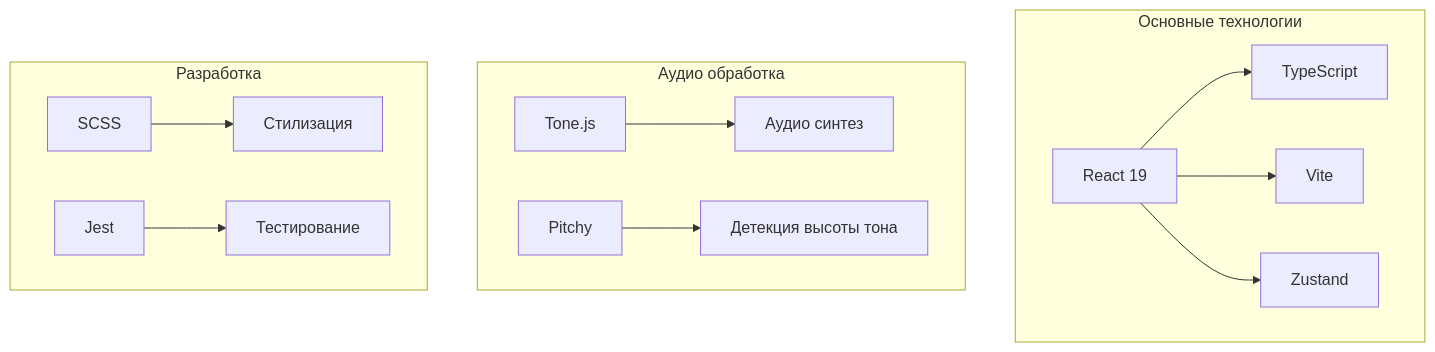
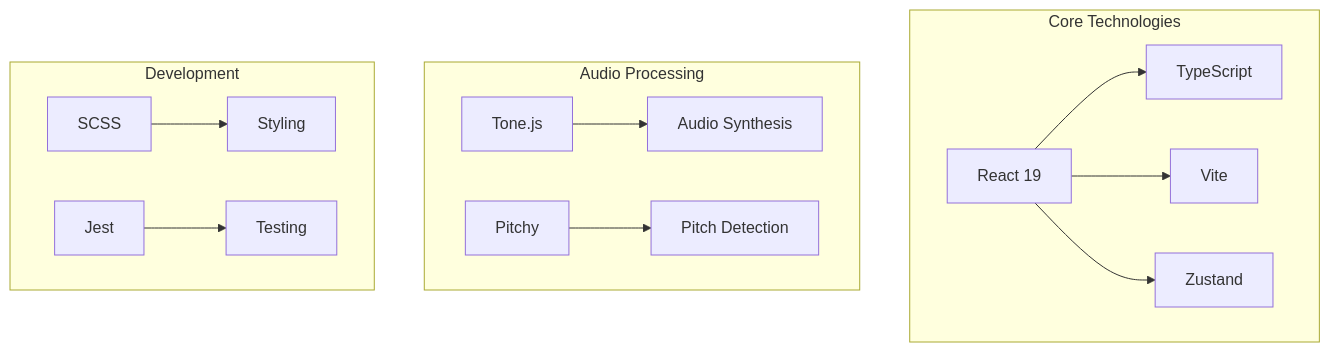
One commit to dsigitovich/ear-warrior changed the first of 7 diagrams in DOCUMENTATION.md. Above: the diagram before and after it, drawn with Mermaid. The commit also changed other lines of this file, not shown here.

````diff
--- a/DOCUMENTATION.md
+++ b/DOCUMENTATION.md
@@ -49,33 +49,33 @@
 ```mermaid
 graph TB
     A[React 19] --> B[TypeScript]
     A --> C[Vite]
     A --> D[Zustand]
     
-    E[Tone.js] --> F[Аудио синтез]
-    G[Pitchy] --> H[Детекция высоты тона]
+    E[Tone.js] --> F[Audio Synthesis]
+    G[Pitchy] --> H[Pitch Detection]
     
-    I[SCSS] --> J[Стилизация]
-    K[Jest] --> L[Тестирование]
+    I[SCSS] --> J[Styling]
+    K[Jest] --> L[Testing]
     
-    subgraph "Основные технологии"
+    subgraph "Core Technologies"
         A
         B
         C
         D
     end
     
-    subgraph "Аудио обработка"
+    subgraph "Audio Processing"
         E
         F
         G
         H
     end
     
-    subgraph "Разработка"
+    subgraph "Development"
         I
         J
         K
         L
     end
 ```
````
